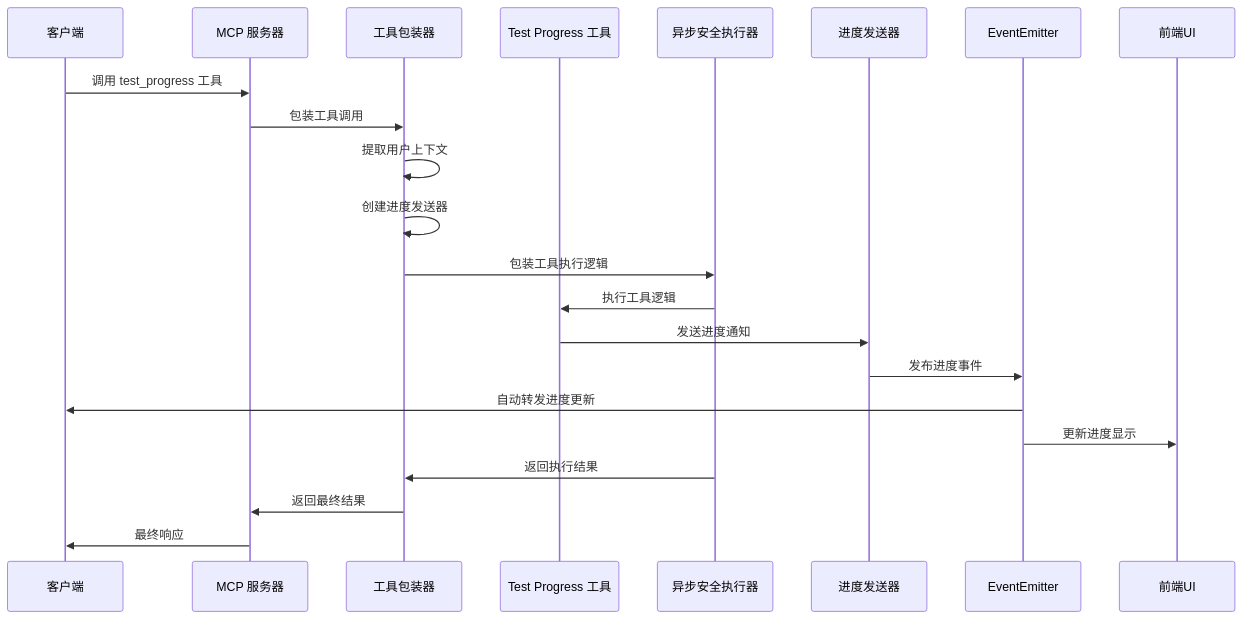
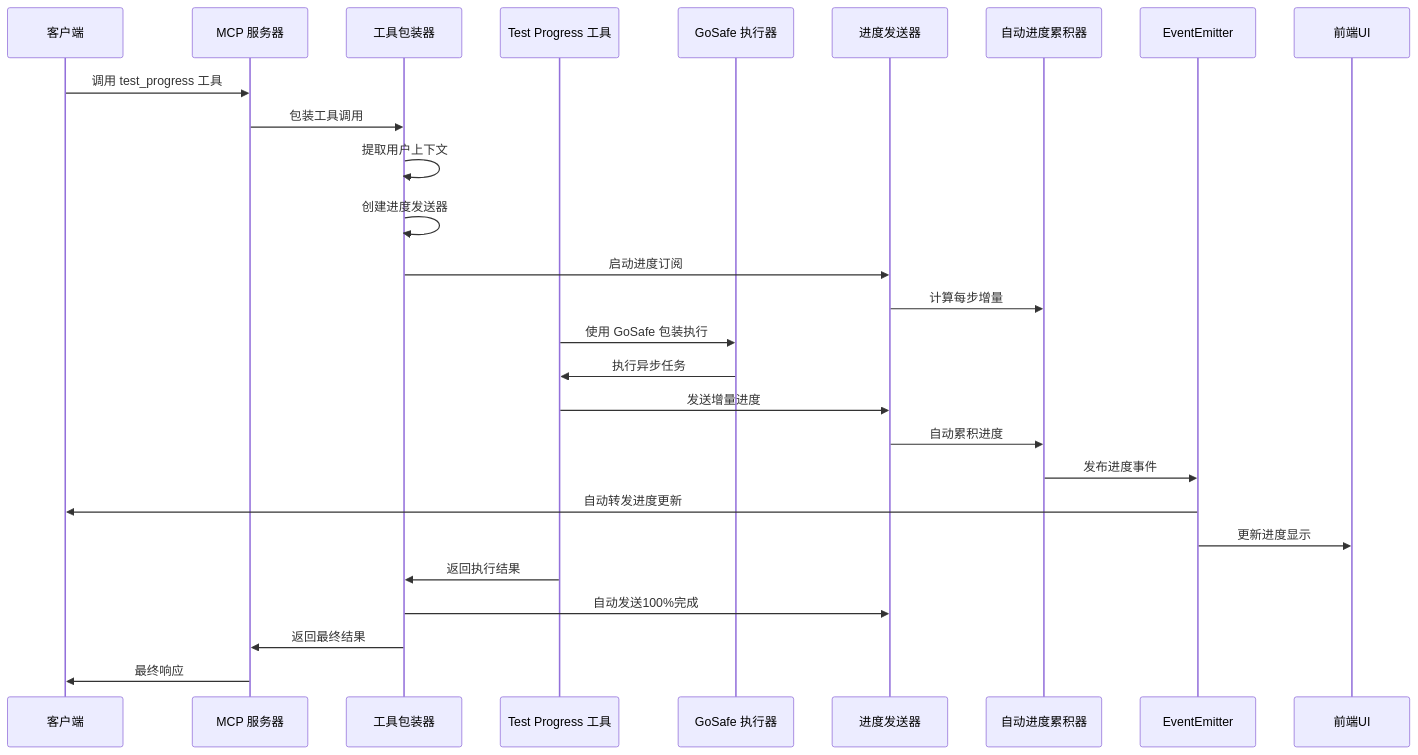
Before and after one commit to maomao94/zero-service: the second of 9 diagrams in .qoder/repowiki/zh/content/Test Progress Tool.md, drawn with Mermaid. The commit also changed other lines of this file and 48 other files, not shown here.

````diff
--- a/.qoder/repowiki/zh/content/Test Progress Tool.md
+++ b/.qoder/repowiki/zh/content/Test Progress Tool.md
@@ -127,24 +138,29 @@
 ```mermaid
 sequenceDiagram
 participant Client as 客户端
 participant Server as MCP 服务器
 participant Wrapper as 工具包装器
 participant Tool as Test Progress 工具
-participant AsyncExec as 异步安全执行器
+participant GoSafe as GoSafe 执行器
 participant Sender as 进度发送器
-participant Emitter as EventEmitter
+participant Accumulator as 自动进度累积器
+participant EventEmitter as EventEmitter
 participant UI as 前端UI
 Client->>Server : 调用 test_progress 工具
 Server->>Wrapper : 包装工具调用
 Wrapper->>Wrapper : 提取用户上下文
 Wrapper->>Wrapper : 创建进度发送器
-Wrapper->>AsyncExec : 包装工具执行逻辑
-AsyncExec->>Tool : 执行工具逻辑
-Tool->>Sender : 发送进度通知
-Sender->>Emitter : 发布进度事件
-Emitter->>Client : 自动转发进度更新
-Emitter->>UI : 更新进度显示
-AsyncExec->>Wrapper : 返回执行结果
+Wrapper->>Sender : 启动进度订阅
+Sender->>Accumulator : 计算每步增量
+Tool->>GoSafe : 使用 GoSafe 包装执行
+GoSafe->>Tool : 执行异步任务
+Tool->>Sender : 发送增量进度
+Sender->>Accumulator : 自动累积进度
+Accumulator->>EventEmitter : 发布进度事件
+EventEmitter->>Client : 自动转发进度更新
+EventEmitter->>UI : 更新进度显示
+Tool->>Wrapper : 返回执行结果
+Wrapper->>Sender : 自动发送100%完成
 Wrapper->>Server : 返回最终结果
 Server->>Client : 最终响应
 ```
````
